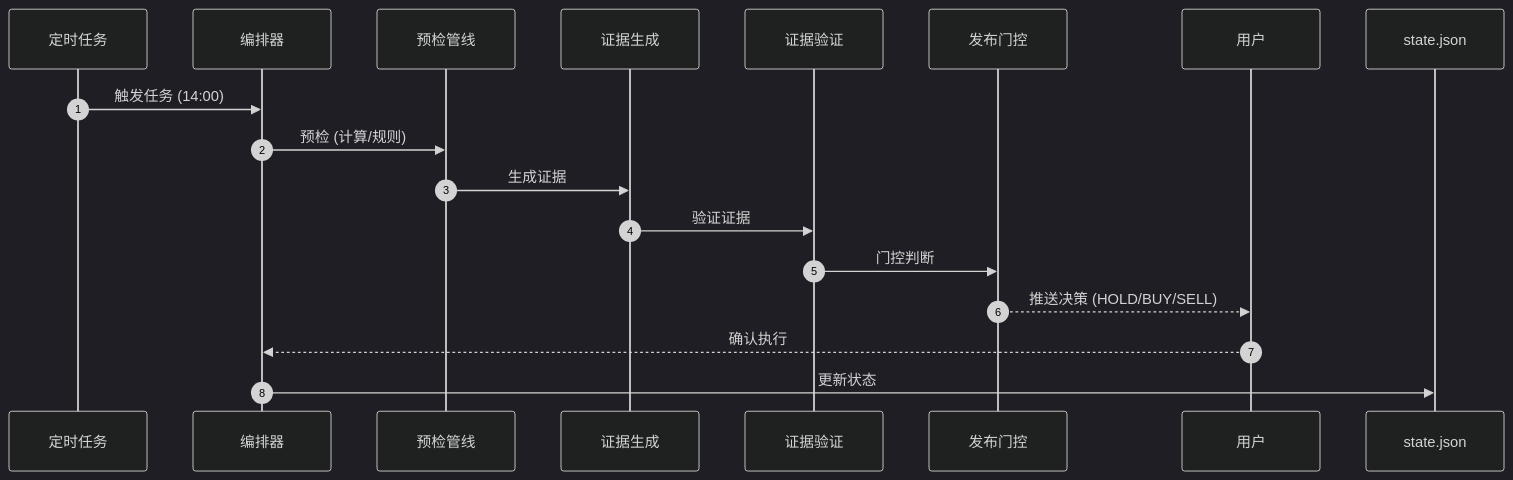
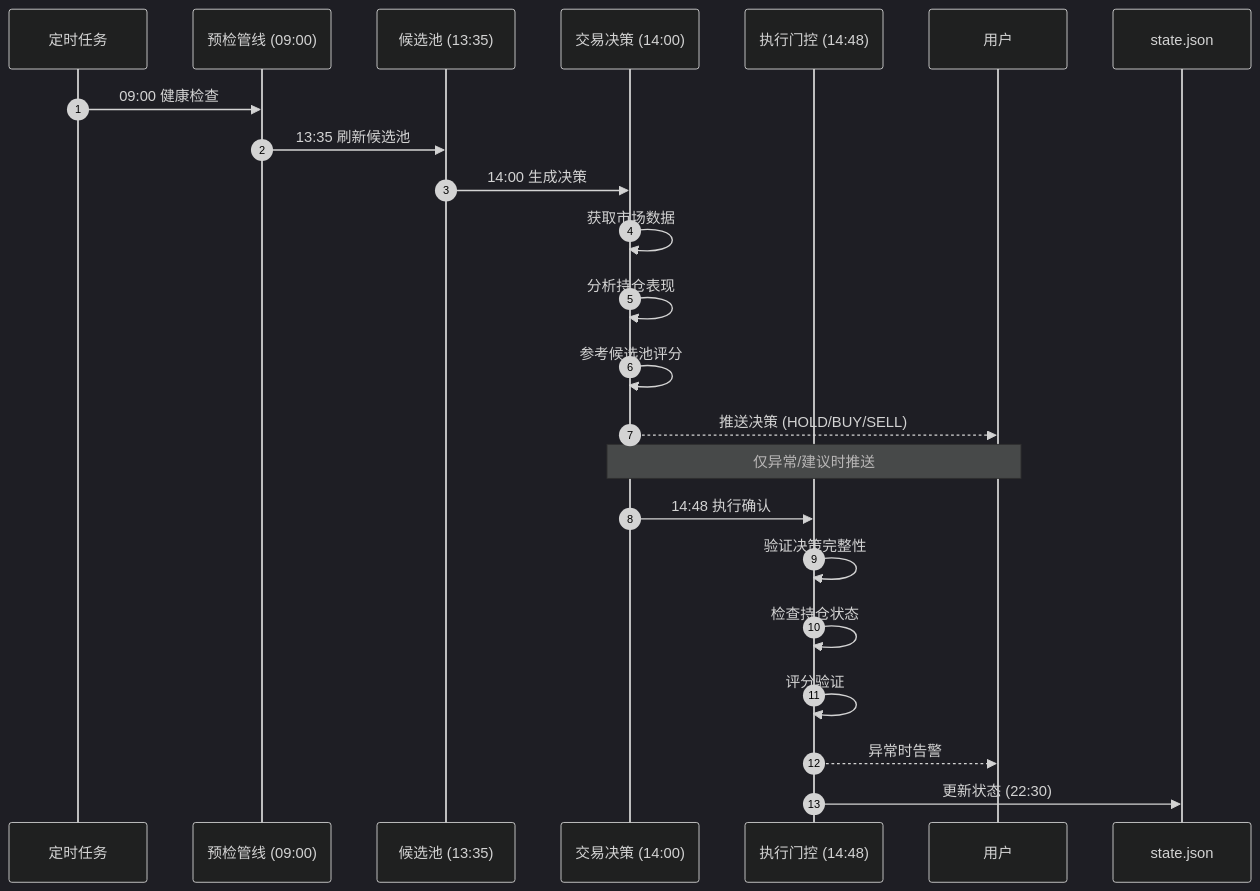
The diagram in README.md (heyaaron-Wu/OpenClaw-Fund-Trading), drawn with Mermaid (dark theme) before and after one commit.

Commit message:
📊 优化决策流程图
- 添加完整的时间线（09:00→13:35→14:00→14:48→22:30）
- 显示各任务之间的依赖关系
- 标注推送策略（仅异常/建议时推送）
- 更准确反映实际执行流程

````diff
--- a/README.md
+++ b/README.md
@@ -441,21 +441,26 @@
 ```mermaid
 sequenceDiagram
     autonumber
     participant Cron as 定时任务
-    participant Orch as 编排器
-    participant Pre as 预检管线
-    participant Ev as 证据生成
-    participant Val as 证据验证
-    participant Gate as 发布门控
+    participant Pre as 预检管线 (09:00)
+    participant Uni as 候选池 (13:35)
+    participant Dec as 交易决策 (14:00)
+    participant Gate as 执行门控 (14:48)
     participant User as 用户
     participant State as state.json
 
-    Cron->>Orch: 触发任务 (14:00)
-    Orch->>Pre: 预检 (计算/规则)
-    Pre->>Ev: 生成证据
-    Ev->>Val: 验证证据
-    Val->>Gate: 门控判断
-    Gate-->>User: 推送决策 (HOLD/BUY/SELL)
-    User-->>Orch: 确认执行
-    Orch->>State: 更新状态
+    Cron->>Pre: 09:00 健康检查
+    Pre->>Uni: 13:35 刷新候选池
+    Uni->>Dec: 14:00 生成决策
+    Dec->>Dec: 获取市场数据
+    Dec->>Dec: 分析持仓表现
+    Dec->>Dec: 参考候选池评分
+    Dec-->>User: 推送决策 (HOLD/BUY/SELL)
+    Note over Dec,User: 仅异常/建议时推送
+    Dec->>Gate: 14:48 执行确认
+    Gate->>Gate: 验证决策完整性
+    Gate->>Gate: 检查持仓状态
+    Gate->>Gate: 评分验证
+    Gate-->>User: 异常时告警
+    Gate->>State: 更新状态 (22:30)
 ```
````
